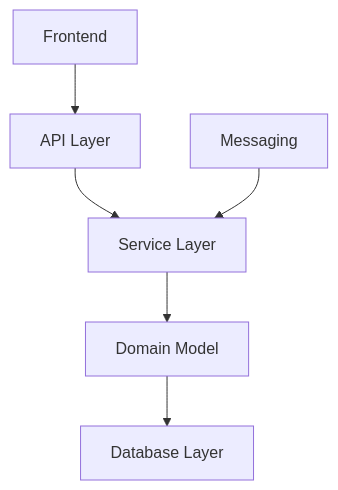
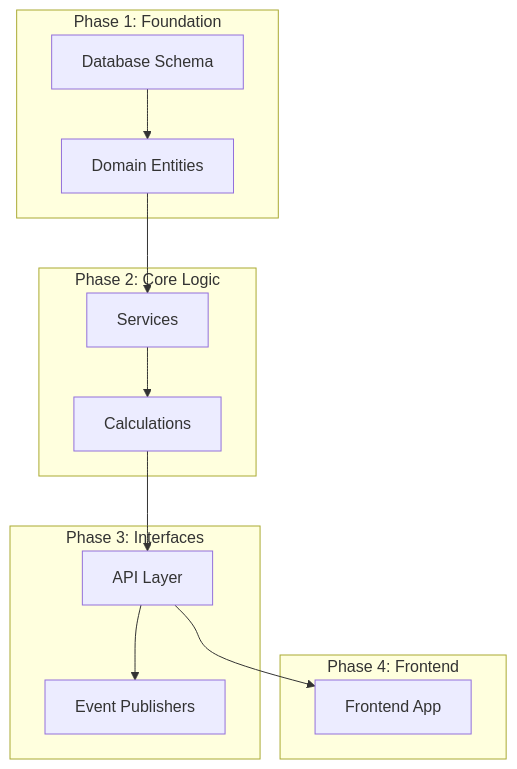
Before and after one commit to cliftonc/unwind: the diagram in skills/synthesizing-findings/SKILL.md, drawn with Mermaid. The commit also changed other lines of this file and 11 other files, not shown here.

````diff
--- a/skills/synthesizing-findings/SKILL.md
+++ b/skills/synthesizing-findings/SKILL.md
@@ -76,8 +59,28 @@
 ```mermaid
 graph TD
-    API[API Layer] --> SVC[Service Layer]
-    SVC --> DOM[Domain Model]
-    DOM --> DB[Database Layer]
-    MSG[Messaging] --> SVC
-    FE[Frontend] --> API
+    subgraph "Phase 1: Foundation"
+        DB[Database Schema]
+        DOMAIN[Domain Entities]
+    end
+
+    subgraph "Phase 2: Core Logic"
+        SVC[Services]
+        CALC[Calculations]
+    end
+
+    subgraph "Phase 3: Interfaces"
+        API[API Layer]
+        EVENTS[Event Publishers]
+    end
+
+    subgraph "Phase 4: Frontend"
+        UI[Frontend App]
+    end
+
+    DB --> DOMAIN
+    DOMAIN --> SVC
+    SVC --> CALC
+    CALC --> API
+    API --> EVENTS
+    API --> UI
 ```
````
